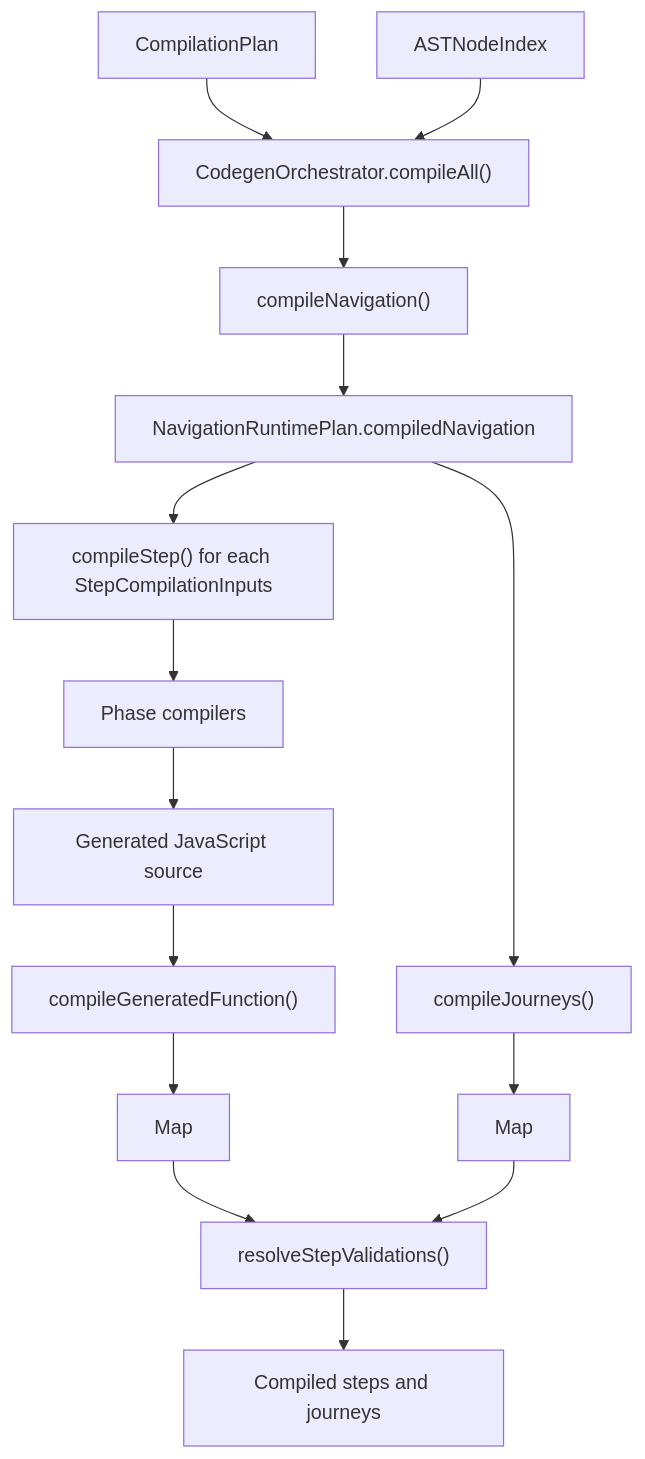
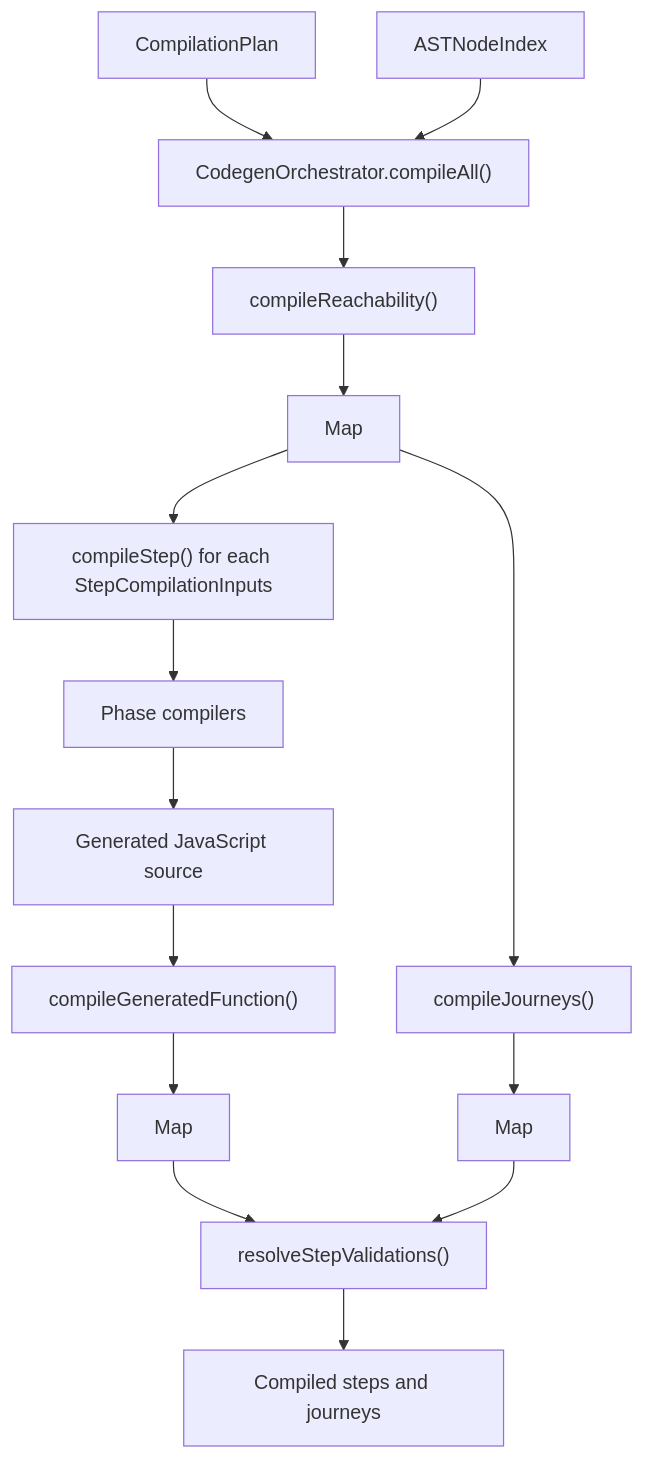
The diagram in packages/forge-core/src/engine/compilation/lowering/README.md (ministryofjustice/hmpps-forge), drawn with Mermaid before and after one commit. The commit also changed other lines of this file and 62 other files, not shown here.

Commit message:
Compile reachability instead of building it per request + tidy-up (#122)

````diff
--- a/packages/forge-core/src/engine/compilation/lowering/README.md
+++ b/packages/forge-core/src/engine/compilation/lowering/README.md
@@ -139,17 +139,17 @@
 ```mermaid
 flowchart TD
   compilationPlan["CompilationPlan"] --> orchestrator["CodegenOrchestrator.compileAll()"]
   nodeRegistry["ASTNodeIndex"] --> orchestrator
-  orchestrator --> navigation["compileNavigation()"]
-  navigation --> navigationPlan["NavigationRuntimePlan.compiledNavigation"]
-  navigationPlan --> journeys["compileJourneys()"]
+  orchestrator --> navigation["compileReachability()"]
+  navigation --> reachabilityByJourney["Map<NodeId, compiled reachability fns>"]
+  reachabilityByJourney --> journeys["compileJourneys()"]
   journeys --> compiledJourneys["Map<NodeId, CompiledJourney>"]
-  navigationPlan --> steps["compileStep() for each StepCompilationInputs"]
+  reachabilityByJourney --> steps["compileStep() for each StepCompilationInputs"]
   steps --> phaseCompilers["Phase compilers"]
   phaseCompilers --> source["Generated JavaScript source"]
   source --> generatedFunction["compileGeneratedFunction()"]
   generatedFunction --> compiledSteps["Map<NodeId, CompiledStep>"]
   compiledSteps --> validations["resolveStepValidations()"]
   compiledJourneys --> validations
   validations --> result["Compiled steps and journeys"]
 ```
````
